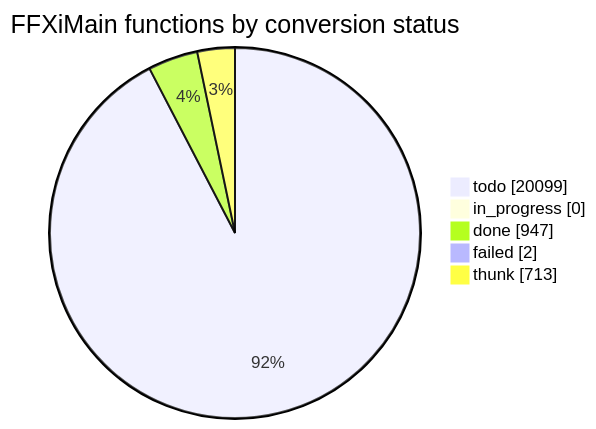
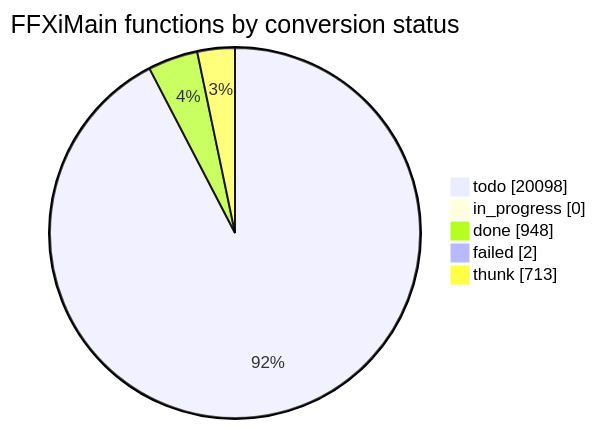
One commit to cowrevenge/cow_kuluu_xi_anything changed the diagram in docs/cow/STATUS.md. Above: the diagram before and after it, drawn with Mermaid. The commit also changed other lines of this file and 9 other files, not shown here.

````diff
--- a/docs/cow/STATUS.md
+++ b/docs/cow/STATUS.md
@@ -18,9 +18,9 @@
 ```mermaid
 pie showData
     title FFXiMain functions by conversion status
-    "todo" : 20099
+    "todo" : 20098
     "in_progress" : 0
-    "done" : 947
+    "done" : 948
     "failed" : 2
     "thunk" : 713
 ```
````
